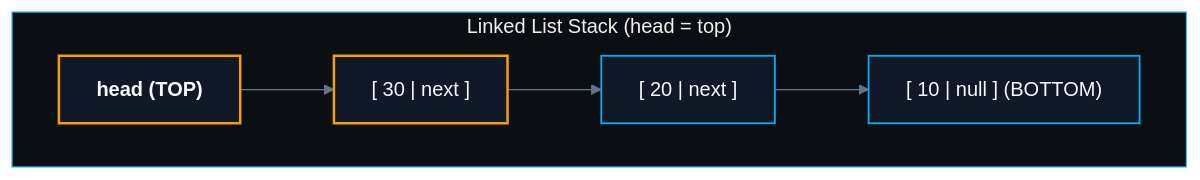
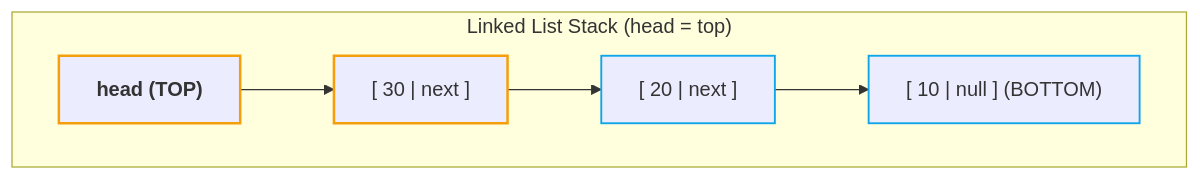
Before and after one commit to abhinavbharti2345/CS_Notes: the third of 5 diagrams in CS/DSA/06. Stacks & Queues/02. Stack Implementation from Scratch.md, drawn with Mermaid. The commit also changed other lines of this file and 91 other files, not shown here.

````diff
--- a/CS/DSA/06. Stacks & Queues/02. Stack Implementation from Scratch.md
+++ b/CS/DSA/06. Stacks & Queues/02. Stack Implementation from Scratch.md
@@ -173,15 +171,14 @@
 ```mermaid
-%%{init: {'theme': 'base', 'themeVariables': { 'darkMode': true, 'background': '#0B0F14', 'mainBkg': '#111827', 'primaryColor': '#111827', 'primaryTextColor': '#F8FAFC', 'primaryBorderColor': '#38BDF8', 'lineColor': '#64748B', 'secondaryColor': '#0B0F14', 'tertiaryColor': '#0B0F14', 'clusterBkg': '#0B0F14', 'clusterBorder': '#38BDF8' }}}%%
 flowchart LR
     subgraph LLModel ["Linked List Stack (head = top)"]
         direction LR
         TOP["<b>head (TOP)</b>"] --> N3["[ 30 | next ]"]
         N3 --> N2["[ 20 | next ]"]
         N2 --> N1["[ 10 | null ] (BOTTOM)"]
     end
 
-    classDef topNode fill:#111827,stroke:#f59e0b,stroke-width:2px,color:#F8FAFC;
-    classDef nodeBox fill:#111827,stroke:#0ea5e9,stroke-width:1.5px,color:#F8FAFC;
+    classDef topNode stroke:#f59e0b,stroke-width:2px;
+    classDef nodeBox stroke:#0ea5e9,stroke-width:1.5px;
     class TOP,N3 topNode;
     class N2,N1 nodeBox;
 ```
````
